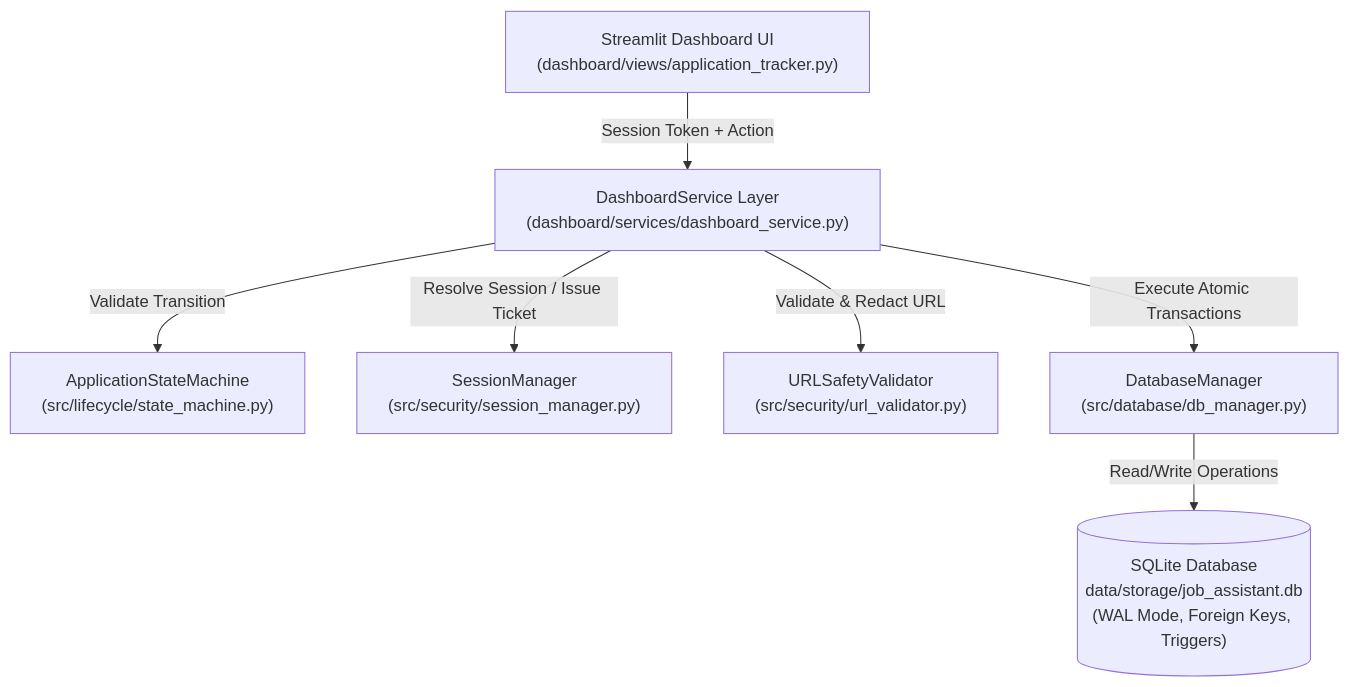
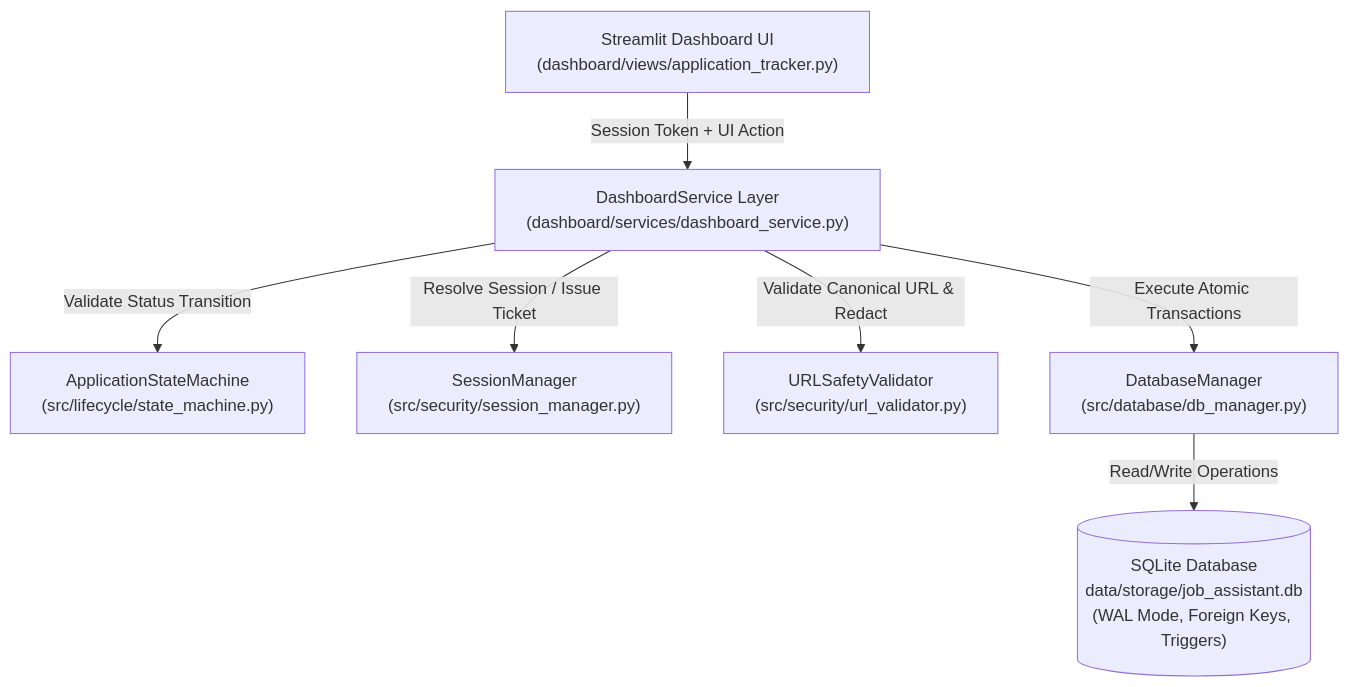
The first of 4 diagrams in docs/PHASE_7_3_CANDIDATE_APPLICATION_TRACKER_ARCHITECTURE.md (pranayagrawal2116/AI_Job_Application_Assistant), drawn with Mermaid before and after one commit. The commit also changed other lines of this file and 1 other file, not shown here.

Commit message:
docs: correct candidate tracker architecture audit findings

````diff
--- a/docs/PHASE_7_3_CANDIDATE_APPLICATION_TRACKER_ARCHITECTURE.md
+++ b/docs/PHASE_7_3_CANDIDATE_APPLICATION_TRACKER_ARCHITECTURE.md
@@ -50,17 +71,17 @@
 ```mermaid
 graph TD
     UI["Streamlit Dashboard UI<br/>(dashboard/views/application_tracker.py)"]
     Service["DashboardService Layer<br/>(dashboard/services/dashboard_service.py)"]
     SM["ApplicationStateMachine<br/>(src/lifecycle/state_machine.py)"]
     Session["SessionManager<br/>(src/security/session_manager.py)"]
     URLVal["URLSafetyValidator<br/>(src/security/url_validator.py)"]
     DB["DatabaseManager<br/>(src/database/db_manager.py)"]
     SQLite[("SQLite Database<br/>data/storage/job_assistant.db<br/>(WAL Mode, Foreign Keys, Triggers)")]
 
-    UI -->|Session Token + Action| Service
-    Service -->|Validate Transition| SM
+    UI -->|Session Token + UI Action| Service
+    Service -->|Validate Status Transition| SM
     Service -->|Resolve Session / Issue Ticket| Session
-    Service -->|Validate & Redact URL| URLVal
+    Service -->|Validate Canonical URL & Redact| URLVal
     Service -->|Execute Atomic Transactions| DB
     DB -->|Read/Write Operations| SQLite
 ```
````
